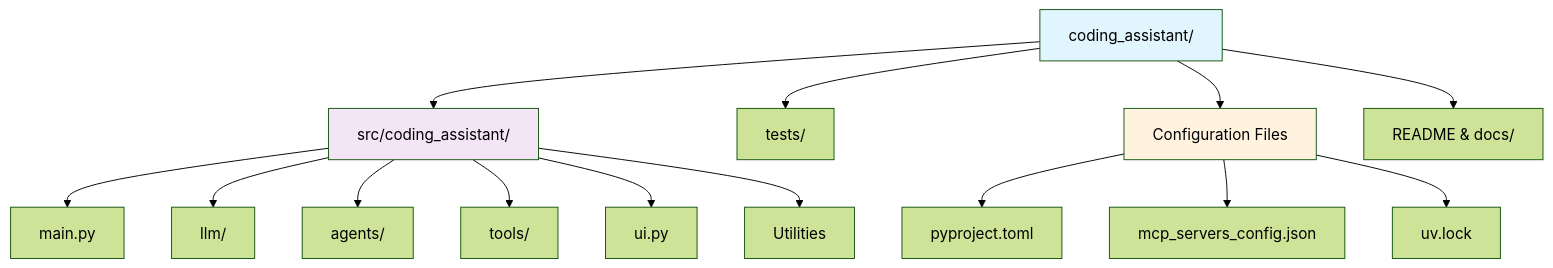
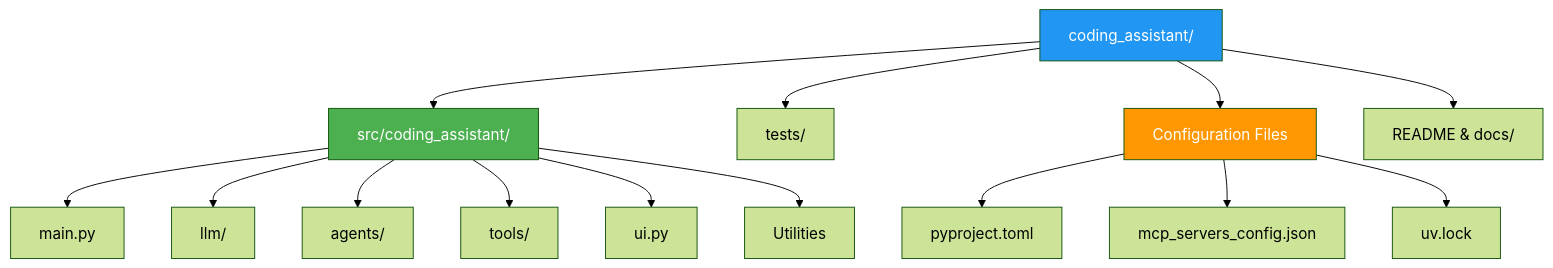
The first of 17 diagrams in docs-content/01_frameworks/Session1_ModuleD_Coding_Assistant_Case_Study.md (fwornle/agentic-ai-nano), drawn with Mermaid (forest theme) before and after one commit. The commit also changed other lines of this file, not shown here.

Commit message:
docs: review Option D, styling (mermaid)

````diff
--- a/docs-content/01_frameworks/Session1_ModuleD_Coding_Assistant_Case_Study.md
+++ b/docs-content/01_frameworks/Session1_ModuleD_Coding_Assistant_Case_Study.md
@@ -29,22 +29,22 @@
 ```mermaid
 graph TD
     ROOT[coding_assistant/] --> SRC[src/coding_assistant/]
     ROOT --> TESTS[tests/]
     ROOT --> CONFIG[Configuration Files]
     ROOT --> DOCS[README & docs/]
     
     CONFIG --> PY[pyproject.toml]
     CONFIG --> MCP[mcp_servers_config.json]
     CONFIG --> UV[uv.lock]
     
     SRC --> MAIN[main.py]
     SRC --> LLM[llm/]
     SRC --> AGENTS[agents/]
     SRC --> TOOLS[tools/]
     SRC --> UI[ui.py]
     SRC --> UTILS[Utilities]
     
-    style ROOT fill:#e1f5fe
-    style SRC fill:#f3e5f5
-    style CONFIG fill:#fff3e0
+    style ROOT fill:#2196F3,color:#ffffff
+    style SRC fill:#4CAF50,color:#ffffff
+    style CONFIG fill:#FF9800,color:#ffffff
 ```
````
